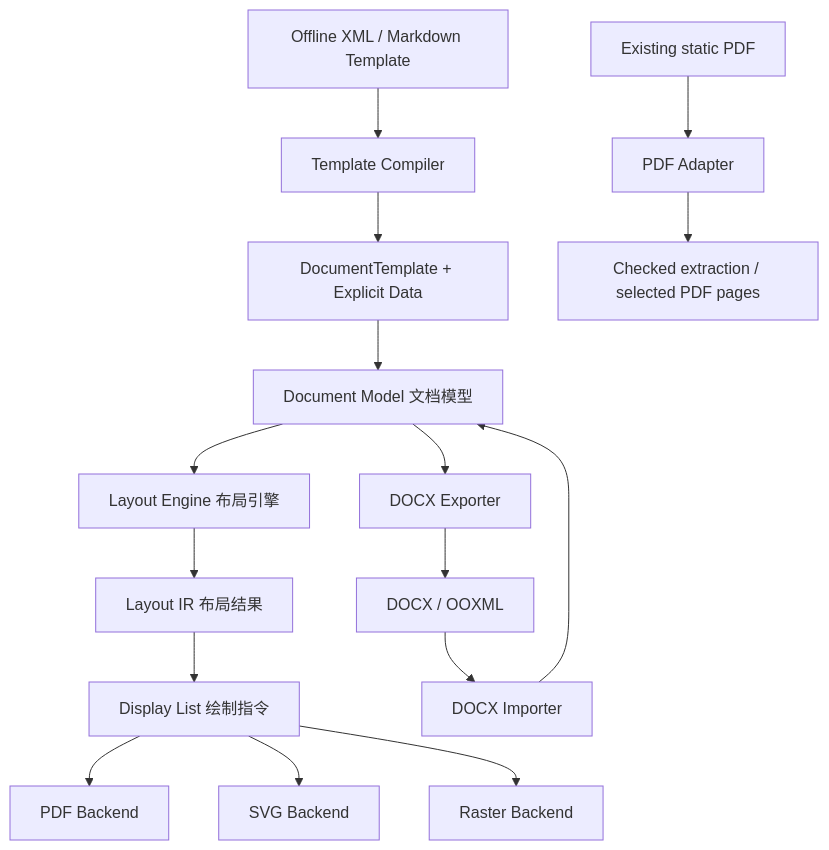
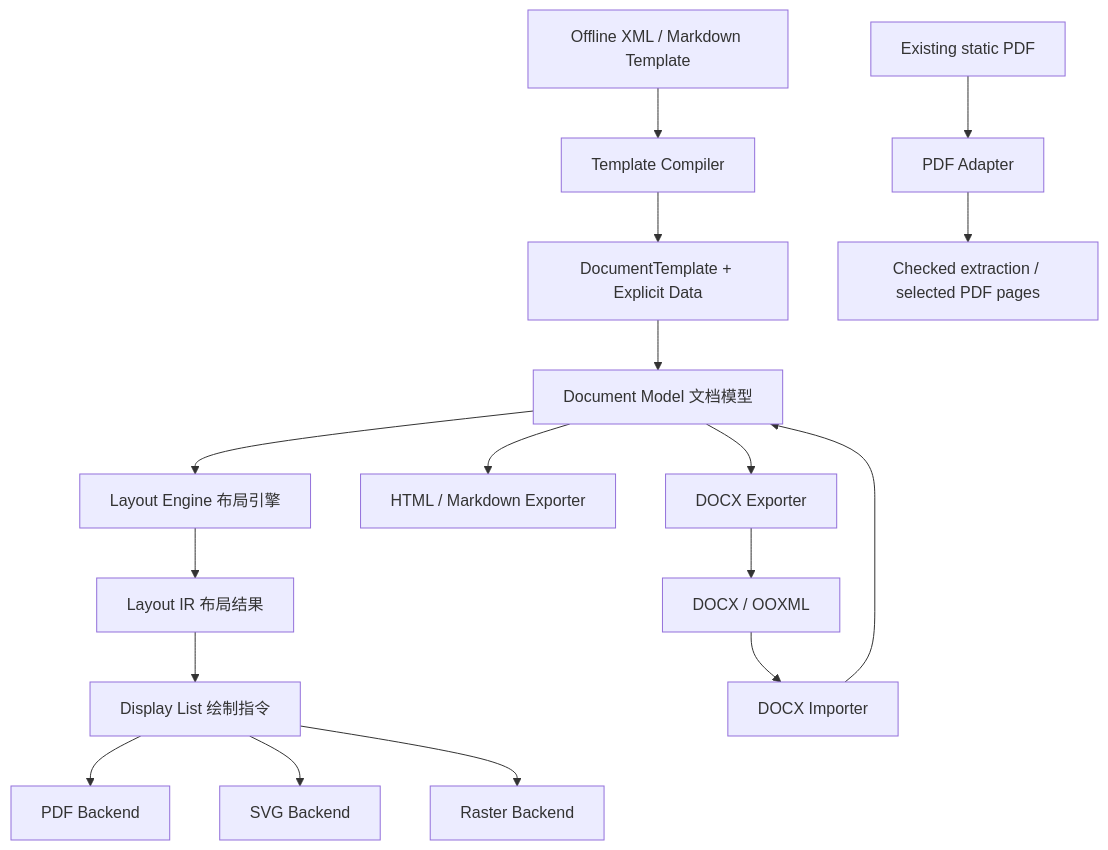
The diagram in docs/architecture.md (mirakyux/export4j), drawn with Mermaid before and after one commit. The commit also changed other lines of this file and 86 other files, not shown here.

```diff
--- a/docs/architecture.md
+++ b/docs/architecture.md
@@ -7,18 +7,19 @@
 ~~~mermaid
 flowchart TD
     M[Document Model 文档模型] --> L[Layout Engine 布局引擎]
     L --> IR[Layout IR 布局结果]
     IR --> DL[Display List 绘制指令]
     DL --> PDF[PDF Backend]
     DL --> SVG[SVG Backend]
     DL --> R[Raster Backend]
     DOCX[DOCX / OOXML] --> I[DOCX Importer]
     I --> M
+    M --> Web[HTML / Markdown Exporter]
     M --> E[DOCX Exporter]
     E --> DOCX
     XML[Offline XML / Markdown Template] --> T[Template Compiler]
     T --> B[DocumentTemplate + Explicit Data]
     B --> M
     Existing[Existing static PDF] --> PA[PDF Adapter]
     PA --> Combined[Checked extraction / selected PDF pages]
 ~~~
```
